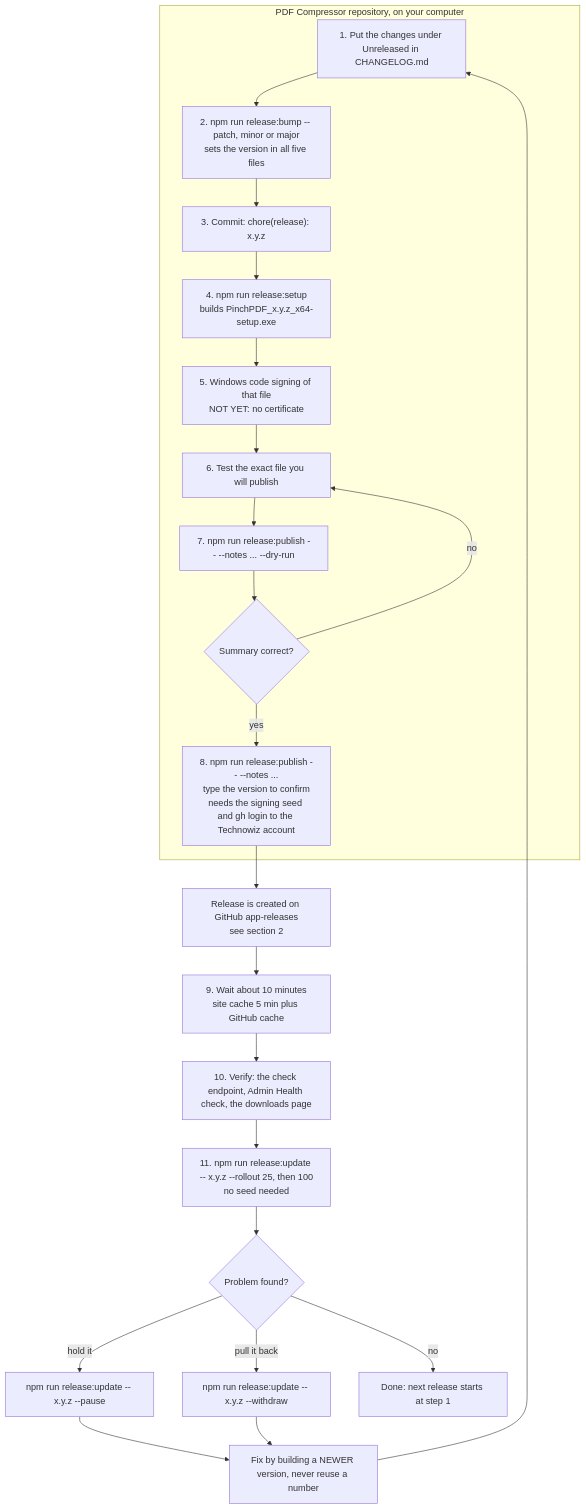
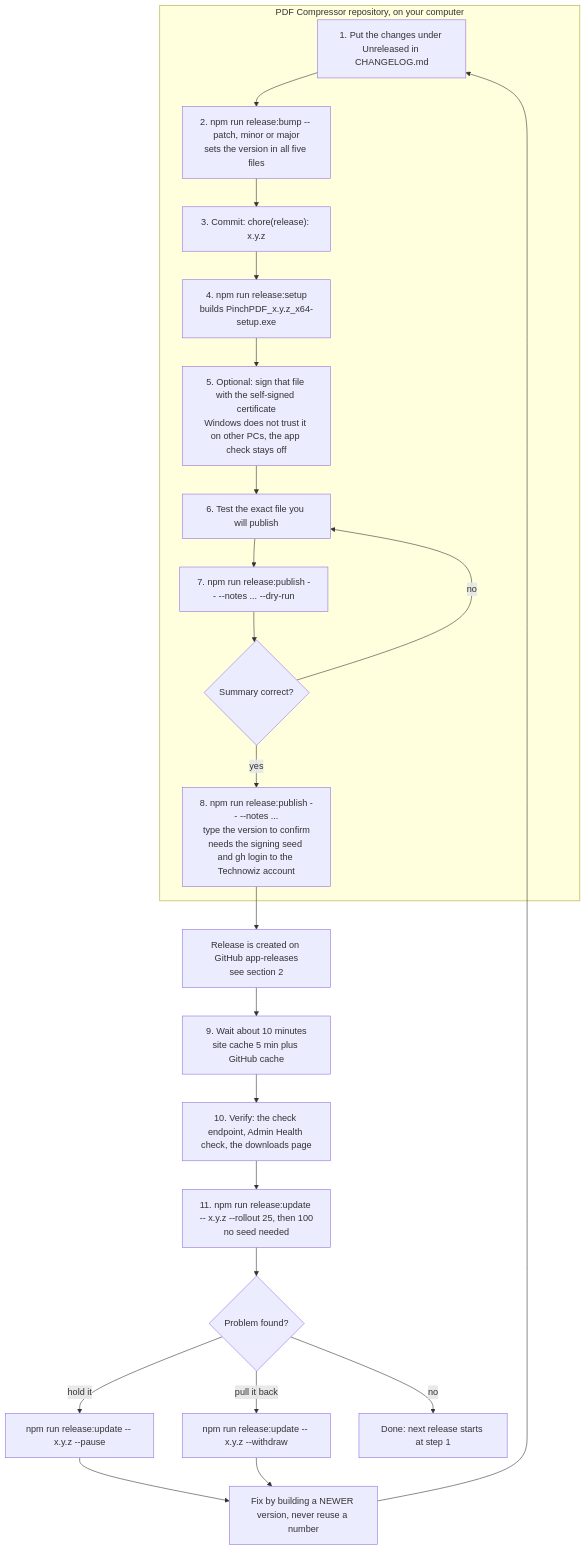
Before and after one commit to technowizsolutionsllp/TWS-Website: the first of 6 diagrams in docs/UPDATE_FLOW.md, drawn with Mermaid. The commit also changed other lines of this file and 2 other files, not shown here.

Commit message:
Record the self-signed Windows certificate and what it does and does not give

````diff
--- a/docs/UPDATE_FLOW.md
+++ b/docs/UPDATE_FLOW.md
@@ -13,25 +13,25 @@
 ```mermaid
 flowchart TD
     subgraph Repo["PDF Compressor repository, on your computer"]
       A["1. Put the changes under Unreleased in CHANGELOG.md"] --> B["2. npm run release:bump -- patch, minor or major<br/>sets the version in all five files"]
       B --> C["3. Commit: chore(release): x.y.z"]
       C --> D["4. npm run release:setup<br/>builds PinchPDF_x.y.z_x64-setup.exe"]
-      D --> E["5. Windows code signing of that file<br/>NOT YET: no certificate"]
+      D --> E["5. Optional: sign that file with the self-signed certificate<br/>Windows does not trust it on other PCs, the app check stays off"]
       E --> F["6. Test the exact file you will publish"]
       F --> G["7. npm run release:publish -- --notes ... --dry-run"]
       G --> H{"Summary correct?"}
       H -- "no" --> F
       H -- "yes" --> I["8. npm run release:publish -- --notes ...<br/>type the version to confirm<br/>needs the signing seed and gh login to the Technowiz account"]
     end
     I --> J["Release is created on GitHub app-releases<br/>see section 2"]
     J --> K["9. Wait about 10 minutes<br/>site cache 5 min plus GitHub cache"]
     K --> L["10. Verify: the check endpoint, Admin Health check, the downloads page"]
     L --> M["11. npm run release:update -- x.y.z --rollout 25, then 100<br/>no seed needed"]
     M --> N{"Problem found?"}
     N -- "hold it" --> O["npm run release:update -- x.y.z --pause"]
     N -- "pull it back" --> P["npm run release:update -- x.y.z --withdraw"]
     N -- "no" --> R["Done: next release starts at step 1"]
     O --> Q["Fix by building a NEWER version, never reuse a number"]
     P --> Q
     Q --> A
 ```
````
